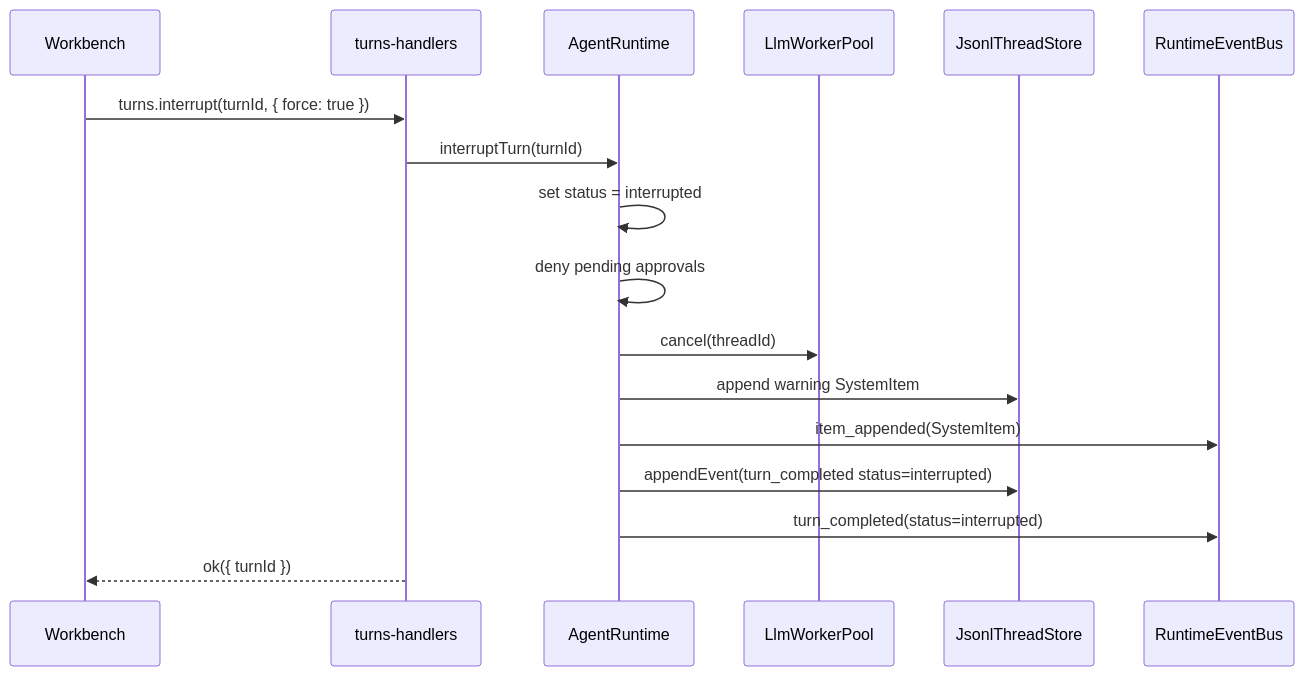
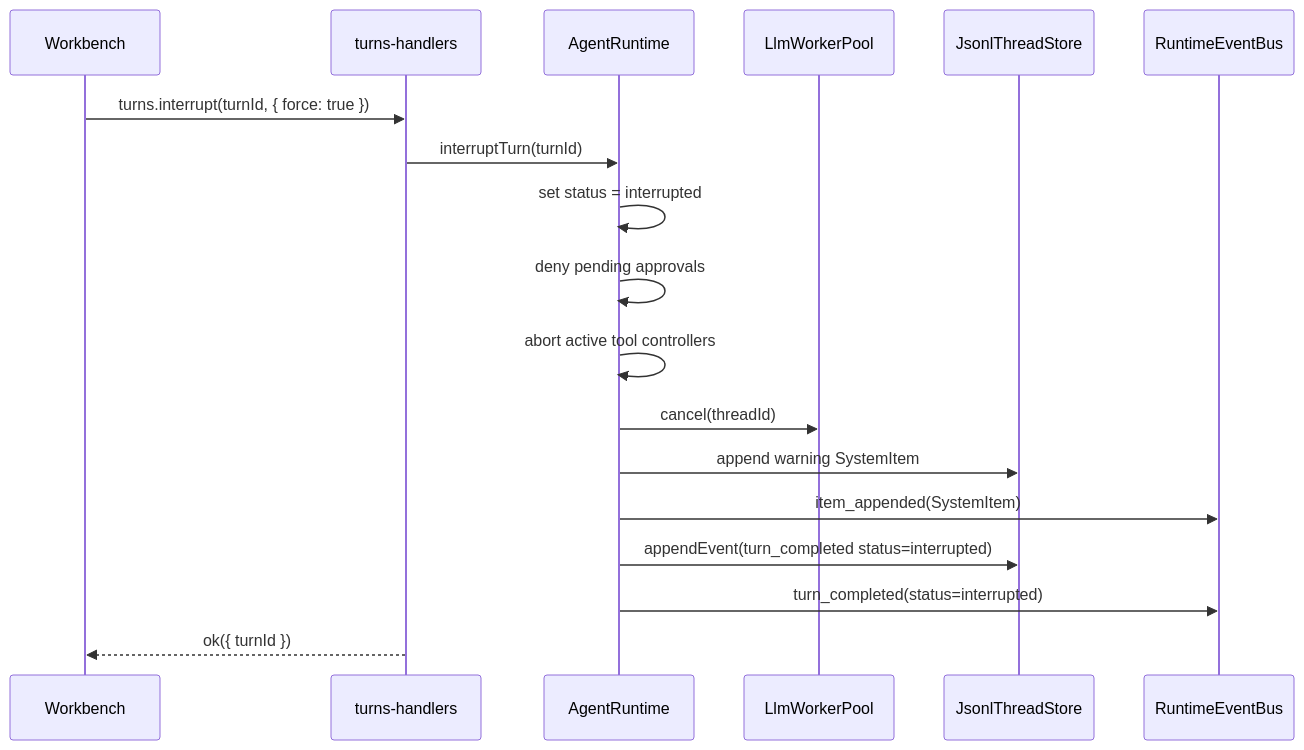
Before and after one commit to dp-sudo/agent-pyramid-desktop: the seventh of 7 diagrams in docs/runtime-flow.md, drawn with Mermaid. The commit also changed other lines of this file and 20 other files, not shown here.

````diff
--- a/docs/runtime-flow.md
+++ b/docs/runtime-flow.md
@@ -306,20 +317,21 @@
 ```mermaid
 sequenceDiagram
   participant UI as Workbench
   participant IPC as turns-handlers
   participant RT as AgentRuntime
   participant Pool as LlmWorkerPool
   participant Store as JsonlThreadStore
   participant Bus as RuntimeEventBus
 
   UI->>IPC: turns.interrupt(turnId, { force: true })
   IPC->>RT: interruptTurn(turnId)
   RT->>RT: set status = interrupted
   RT->>RT: deny pending approvals
+  RT->>RT: abort active tool controllers
   RT->>Pool: cancel(threadId)
   RT->>Store: append warning SystemItem
   RT->>Bus: item_appended(SystemItem)
   RT->>Store: appendEvent(turn_completed status=interrupted)
   RT->>Bus: turn_completed(status=interrupted)
   IPC-->>UI: ok({ turnId })
 ```
````
